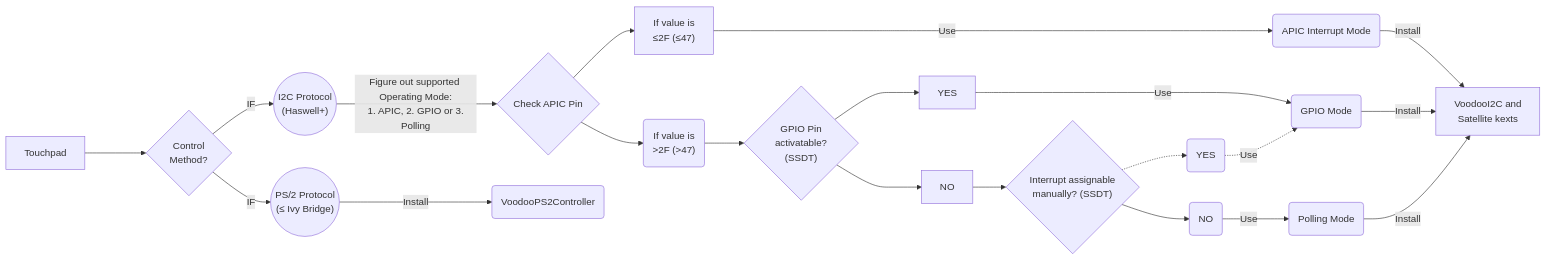
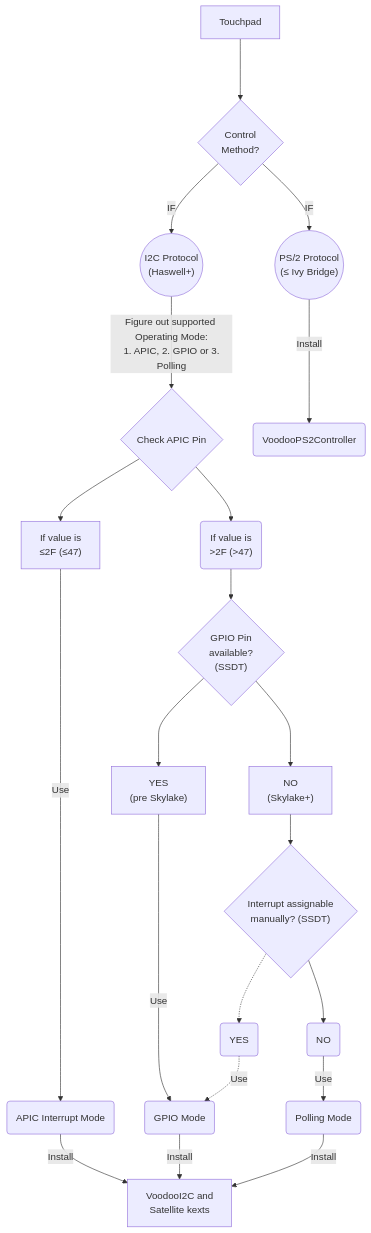
Before and after one commit to 5T33Z0/OC-Little-Translated: the diagram in 05_Laptop-specific_Patches/Trackpad_Patches/README.md, drawn with Mermaid. The commit also changed other lines of this file, not shown here.

````diff
--- a/05_Laptop-specific_Patches/Trackpad_Patches/README.md
+++ b/05_Laptop-specific_Patches/Trackpad_Patches/README.md
@@ -131,13 +133,13 @@
 ```mermaid
-graph LR
+graph TD
     A[Touchpad] ---> B{"Control</br> Method?"}
     B -->|IF| C(("I2C Protocol</br>(Haswell+)"))
     B -->|IF| G(("PS/2 Protocol</br>(≤ Ivy Bridge)"))
     C --> |"Figure out supported Operating Mode:</br> 1. APIC, 2. GPIO or 3. Polling"|J{Check APIC Pin}
     J --> K["If value is </br>≤2F (≤47)"]------->|Use| D(APIC Interrupt Mode)-->|Install|L[VoodooI2C and </br>Satellite kexts]
-    J --> M("If value is</br> >2F (>47)")-->O{"GPIO Pin </br>activatable? </br>(SSDT)"}
-    O --> P[YES]---->|Use|R(GPIO Mode)-->|Install|L
-    O ---> Q[NO]--> N{"Interrupt assignable</br> manually? (SSDT)"}-.->F(YES)-.->|Use|R
+    J --> M("If value is</br> >2F (>47)")-->O{"GPIO Pin </br>available? </br>(SSDT)"}
+    O --> P["YES</br>(pre Skylake)"]---->|Use|R(GPIO Mode)-->|Install|L
+    O ---> Q["NO </br>(Skylake+)"]--> N{"Interrupt assignable</br> manually? (SSDT)"}-.->F(YES)-.->|Use|R
     N-->S(NO)-->|Use|T(Polling Mode)-->|Install|L
     G --> |Install|H(VoodooPS2Controller)
 ```    
````
